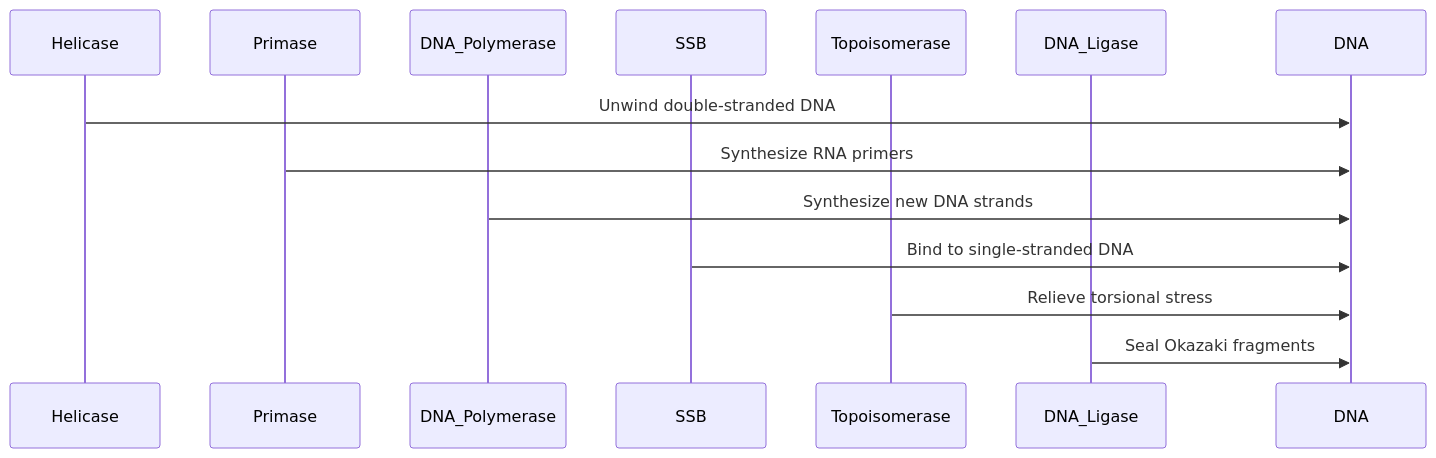
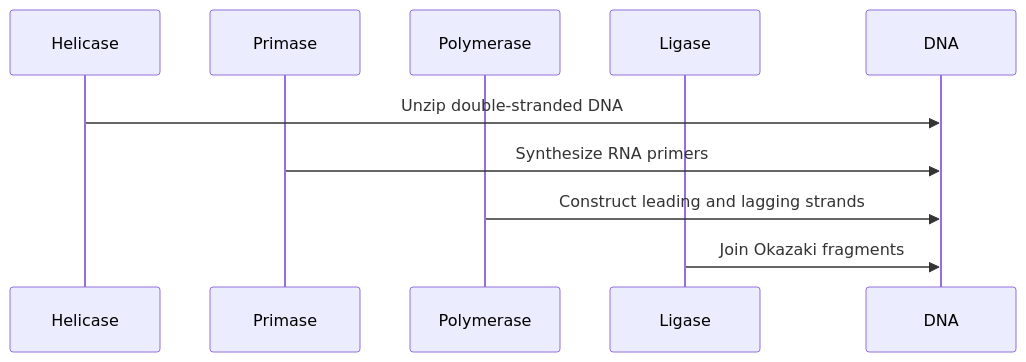
One commit to rahulajay34/CLDE changed the diagram in Ed-Tech Agentic Core copy 2/storage/Lecture-Notes/2026-01-19_DNA-Replication_LectureNotes.md. Above: the diagram before and after it, drawn with Mermaid. The commit also changed other lines of this file and 25 other files, not shown here.

````diff
--- a/Ed-Tech Agentic Core copy 2/storage/Lecture-Notes/2026-01-19_DNA-Replication_LectureNotes.md
+++ b/Ed-Tech Agentic Core copy 2/storage/Lecture-Notes/2026-01-19_DNA-Replication_LectureNotes.md
@@ -33,16 +33,12 @@
 ```mermaid
 sequenceDiagram
     participant Helicase
     participant Primase
-    participant DNA_Polymerase
-    participant SSB
-    participant Topoisomerase
-    participant DNA_Ligase
-
-    Helicase->>DNA: Unwind double-stranded DNA
+    participant Polymerase
+    participant Ligase
+    
+    Helicase->>DNA: Unzip double-stranded DNA
     Primase->>DNA: Synthesize RNA primers
-    DNA_Polymerase->>DNA: Synthesize new DNA strands
-    SSB->>DNA: Bind to single-stranded DNA
-    Topoisomerase->>DNA: Relieve torsional stress
-    DNA_Ligase->>DNA: Seal Okazaki fragments
+    Polymerase->>DNA: Construct leading and lagging strands
+    Ligase->>DNA: Join Okazaki fragments
 ```
````
